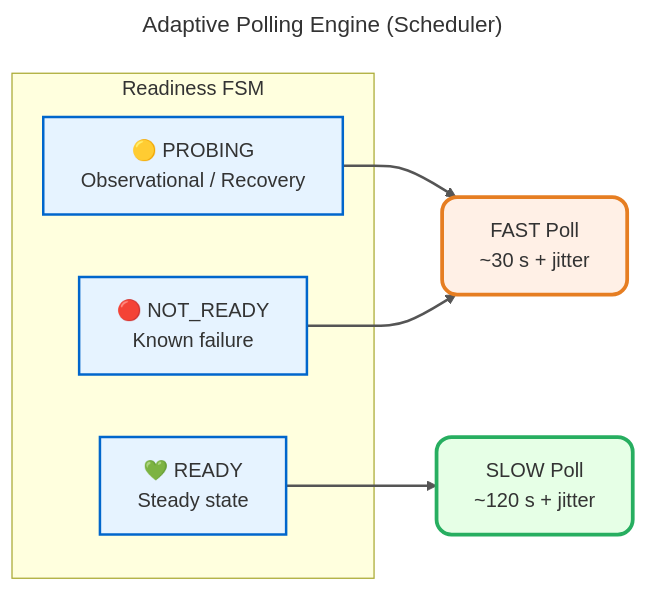
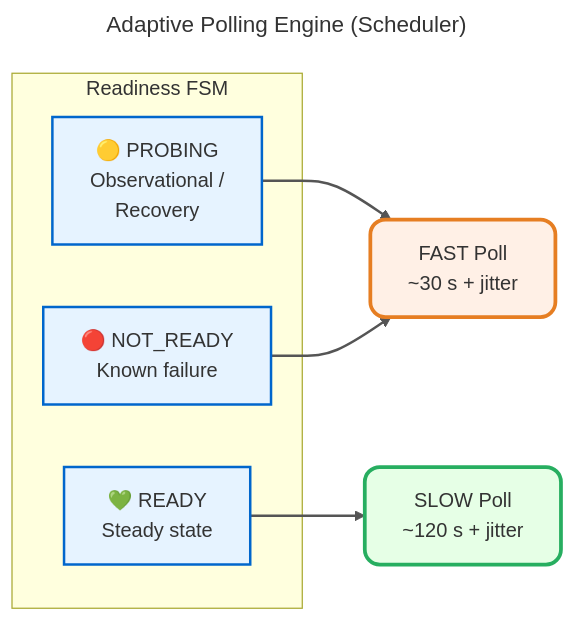
One commit to bkaewell/cloudflare-verified-ddns changed the third of 3 diagrams in docs/CONTROL_LOOP.md. Above: the diagram before and after it, drawn with Mermaid. The commit also changed other lines of this file, not shown here.

Commit message:
Add horizontal rules between mermaid diagrams

````diff
--- a/docs/CONTROL_LOOP.md
+++ b/docs/CONTROL_LOOP.md
@@ -103,30 +103,30 @@
 ```mermaid
 ---
 title: Adaptive Polling Engine (Scheduler)
 config:
    look: classic
    theme: 'default'
 ---
 graph LR
     subgraph "Readiness FSM"
-        PROBING[🟡 PROBING<br>Observational / Recovery]
+        PROBING[🟡 PROBING<br>Observational /<br> Recovery]
         NOT_READY[🔴 NOT_READY<br>Known failure]
         READY[💚 READY<br> Steady state]
     end
 
     PROBING --> FAST_POLL["FAST Poll<br>~30 s + jitter"]
     NOT_READY --> FAST_POLL
 
     READY --> SLOW_POLL["SLOW Poll<br>~120 s + jitter"]
 
     %% Styling to emphasize impact
     classDef fast fill:#fff0e6,stroke:#e67e22,stroke-width:3px,rx:12,ry:12
     classDef slow fill:#e6ffe6,stroke:#27ae60,stroke-width:3px,rx:12,ry:12
     classDef state fill:#e6f3ff,stroke:#0066cc,stroke-width:2px
 
     class PROBING,NOT_READY,READY state
     class FAST_POLL fast
     class SLOW_POLL slow
 
     linkStyle default stroke:#555,stroke-width:2px
 ```
````
